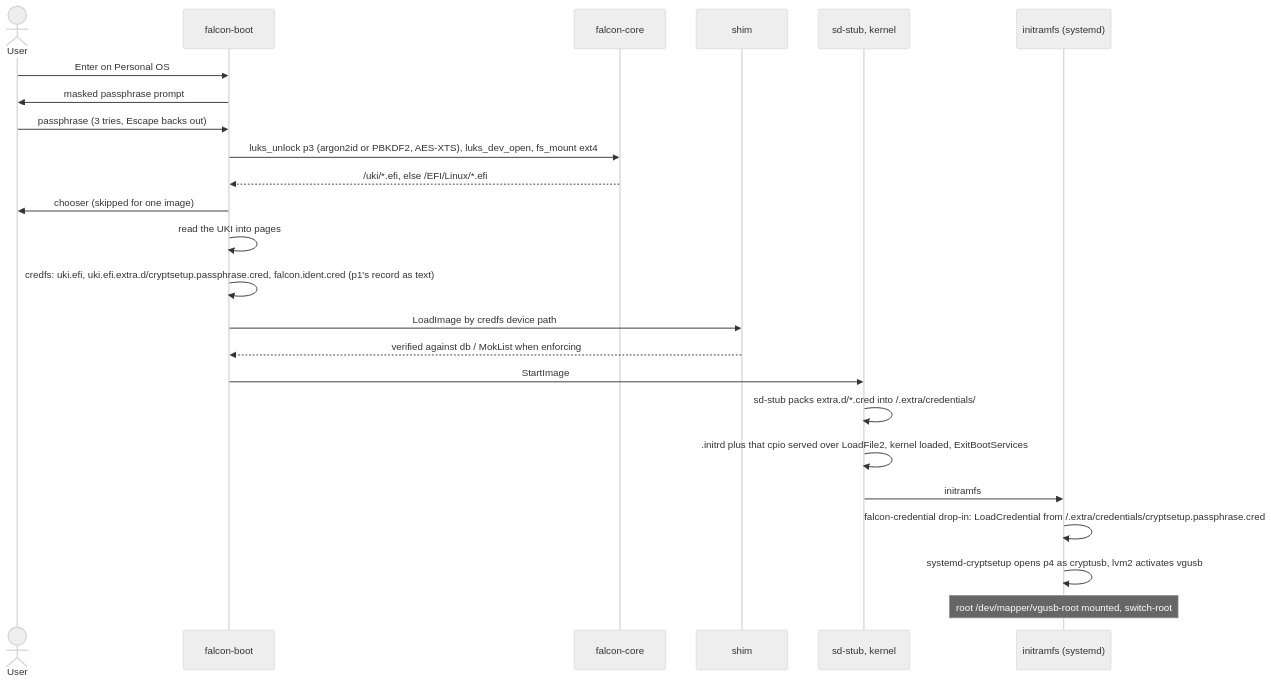
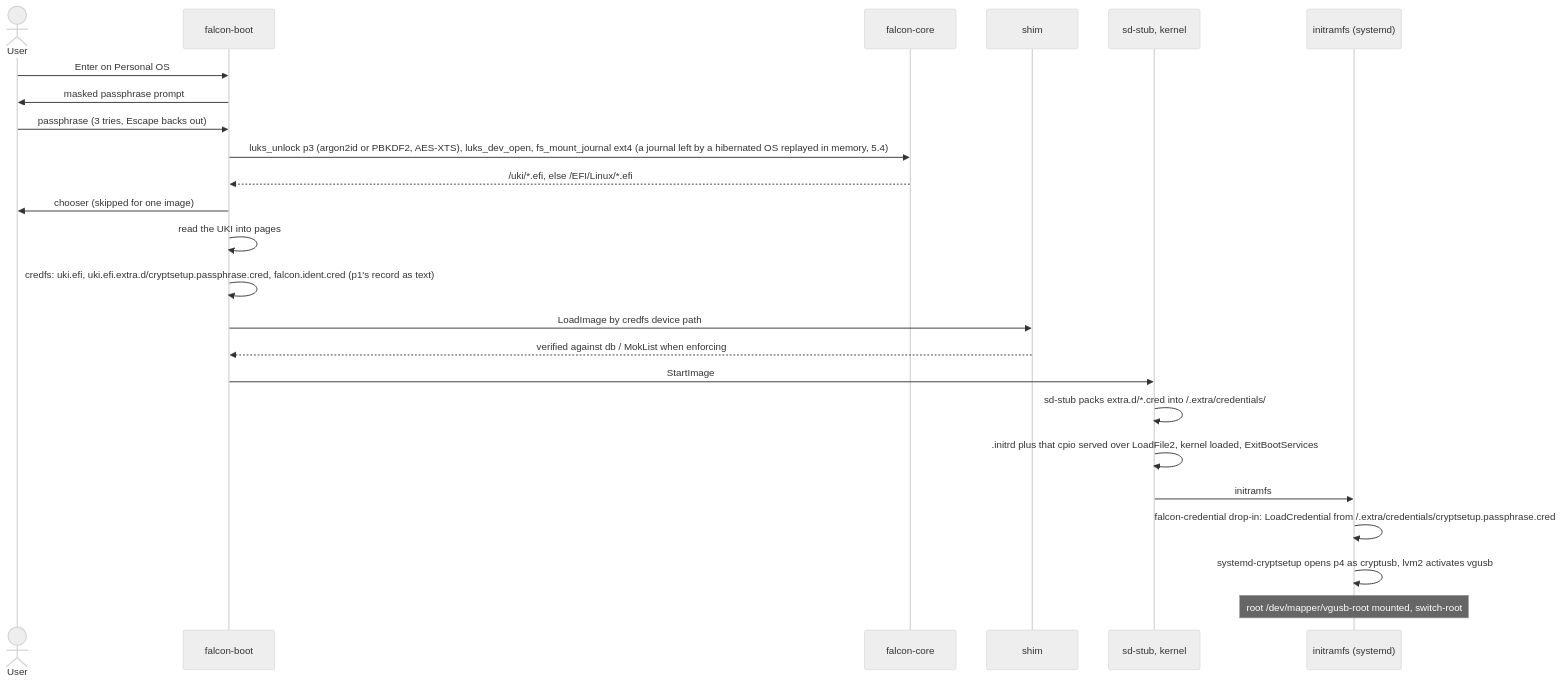
Before and after one commit to vifair22/falcon-boot: the third of 24 diagrams in docs/DESIGN.md, drawn with Mermaid (neutral theme). The commit also changed other lines of this file and 27 other files, not shown here.

````diff
--- a/docs/DESIGN.md
+++ b/docs/DESIGN.md
@@ -3260,26 +3335,26 @@
 ```mermaid
 sequenceDiagram
     actor U as User
     participant L as falcon-boot
     participant FC as falcon-core
     participant S as shim
     participant K as sd-stub, kernel
     participant I as initramfs (systemd)
     U->>L: Enter on Personal OS
     L->>U: masked passphrase prompt
     U->>L: passphrase (3 tries, Escape backs out)
-    L->>FC: luks_unlock p3 (argon2id or PBKDF2, AES-XTS), luks_dev_open, fs_mount ext4
+    L->>FC: luks_unlock p3 (argon2id or PBKDF2, AES-XTS), luks_dev_open, fs_mount_journal ext4 (a journal left by a hibernated OS replayed in memory, 5.4)
     FC-->>L: /uki/*.efi, else /EFI/Linux/*.efi
     L->>U: chooser (skipped for one image)
     L->>L: read the UKI into pages
     L->>L: credfs: uki.efi, uki.efi.extra.d/cryptsetup.passphrase.cred, falcon.ident.cred (p1's record as text)
     L->>S: LoadImage by credfs device path
     S-->>L: verified against db / MokList when enforcing
     L->>K: StartImage
     K->>K: sd-stub packs extra.d/*.cred into /.extra/credentials/
     K->>K: .initrd plus that cpio served over LoadFile2, kernel loaded, ExitBootServices
     K->>I: initramfs
     I->>I: falcon-credential drop-in: LoadCredential from /.extra/credentials/cryptsetup.passphrase.cred
     I->>I: systemd-cryptsetup opens p4 as cryptusb, lvm2 activates vgusb
     Note over I: root /dev/mapper/vgusb-root mounted, switch-root
 ```
````
